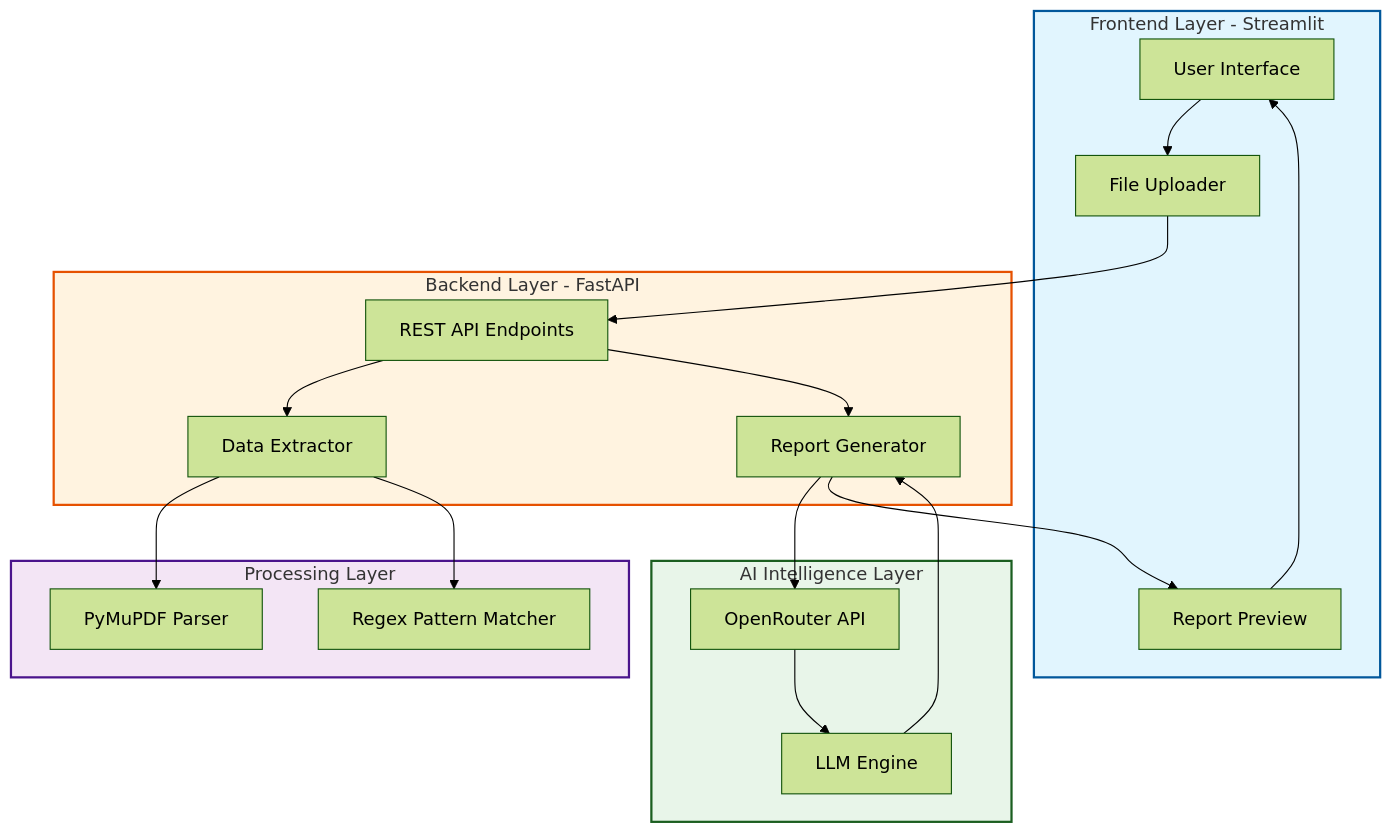
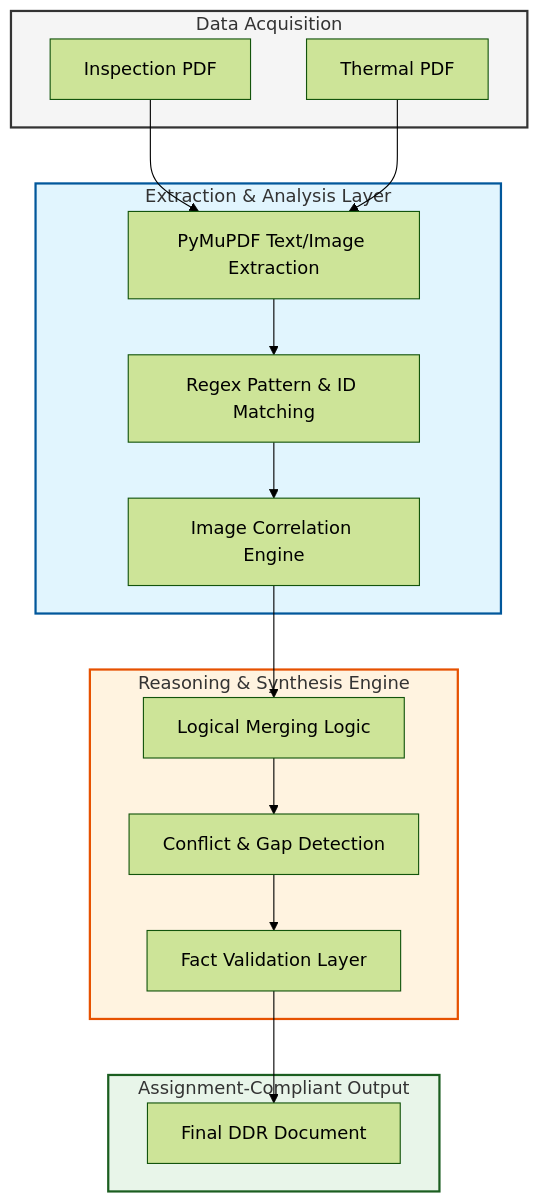
One commit to Aftab0904/Applied-AI-Builder changed the diagram in README.md. Above: the diagram before and after it, drawn with Mermaid (forest theme). The commit also changed other lines of this file, not shown here.

````diff
--- a/README.md
+++ b/README.md
@@ -7,41 +17,37 @@
 ```mermaid
 graph TD
-    subgraph Frontend_Layer [Frontend Layer - Streamlit]
-        UI[User Interface]
-        UP[File Uploader]
-        PV[Report Preview]
+    subgraph Data_Acquisition [Data Acquisition]
+        I[Inspection PDF]
+        T[Thermal PDF]
     end
 
-    subgraph Backend_Layer [Backend Layer - FastAPI]
-        API[REST API Endpoints]
-        EX[Data Extractor]
-        GEN[Report Generator]
+    subgraph Extraction_Layer [Extraction & Analysis Layer]
+        PE[PyMuPDF Text/Image Extraction]
+        RM[Regex Pattern & ID Matching]
+        IM[Image Correlation Engine]
     end
 
-    subgraph Processing_Layer [Processing Layer]
-        MUP[PyMuPDF Parser]
-        REG[Regex Pattern Matcher]
+    subgraph Reasoning_Engine [Reasoning & Synthesis Engine]
+        LOG[Logical Merging Logic]
+        CON[Conflict & Gap Detection]
+        VAL[Fact Validation Layer]
     end
 
-    subgraph AI_Layer [AI Intelligence Layer]
-        OR[OpenRouter API]
-        LLM[LLM Engine]
+    subgraph Output_Generation [Assignment-Compliant Output]
+        DDR[Final DDR Document]
     end
 
-    UI --> UP
-    UP --> API
-    API --> EX
-    EX --> MUP
-    EX --> REG
-    API --> GEN
-    GEN --> OR
-    OR --> LLM
-    LLM --> GEN
-    GEN --> PV
-    PV --> UI
+    I --> PE
+    T --> PE
+    PE --> RM
+    RM --> IM
+    IM --> LOG
+    LOG --> CON
+    CON --> VAL
+    VAL --> DDR
 
-    style Frontend_Layer fill:#e1f5fe,stroke:#01579b,stroke-width:2px
-    style Backend_Layer fill:#fff3e0,stroke:#e65100,stroke-width:2px
-    style Processing_Layer fill:#f3e5f5,stroke:#4a148c,stroke-width:2px
-    style AI_Layer fill:#e8f5e9,stroke:#1b5e20,stroke-width:2px
+    style Data_Acquisition fill:#f5f5f5,stroke:#333,stroke-width:2px
+    style Extraction_Layer fill:#e1f5fe,stroke:#01579b,stroke-width:2px
+    style Reasoning_Engine fill:#fff3e0,stroke:#e65100,stroke-width:2px
+    style Output_Generation fill:#e8f5e9,stroke:#1b5e20,stroke-width:2px
 ```
````
